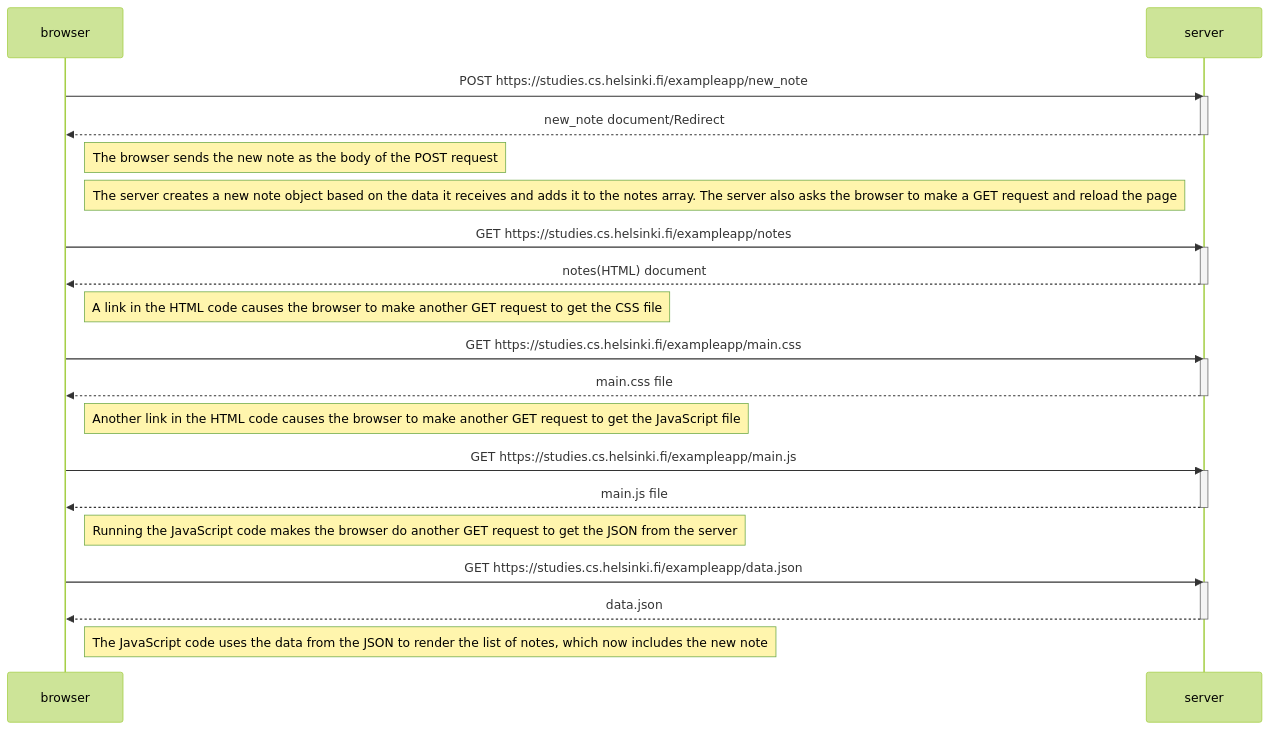
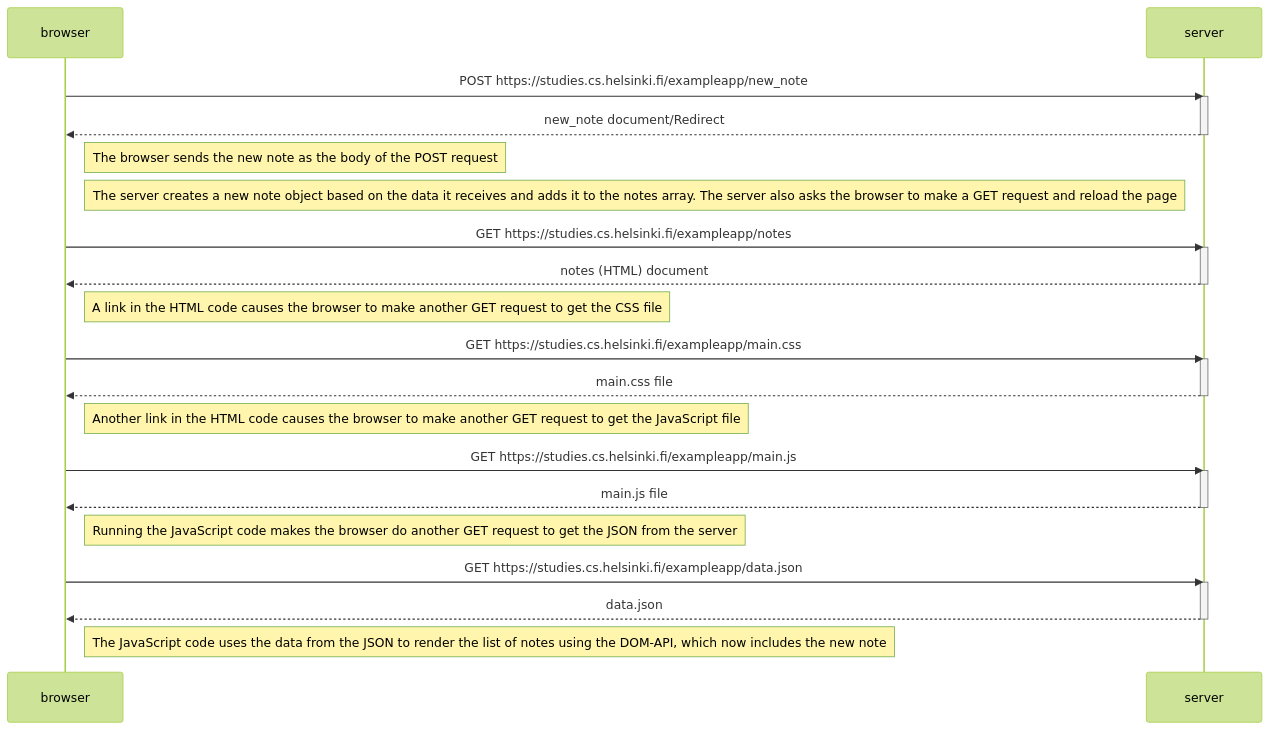
The diagram in part0/new_note_diagram.md (Evernew998/fullstackopen), drawn with Mermaid (forest theme) before and after one commit. The commit also changed 1 other file, not shown here.

Commit message:
Merge branch 'main' of https://github.com/Evernew998/fullstackopen2023

````diff
--- a/part0/new_note_diagram.md
+++ b/part0/new_note_diagram.md
@@ -1,42 +1,42 @@
 ```mermaid
 sequenceDiagram
     participant browser
     participant server
 
      browser->>server: POST https://studies.cs.helsinki.fi/exampleapp/new_note
      activate server
      server-->>browser: new_note document/Redirect
      deactivate server
 
      Note right of browser: The browser sends the new note as the body of the POST request
 
      Note left of server: The server creates a new note object based on the data it receives and adds it to the notes array. The server also asks the browser to make a GET request and reload the page
 
      browser->>server: GET https://studies.cs.helsinki.fi/exampleapp/notes
      activate server
-     server-->>browser: notes(HTML) document
+     server-->>browser: notes (HTML) document
      deactivate server
 
      Note right of browser: A link in the HTML code causes the browser to make another GET request to get the CSS file
 
      browser->>server: GET https://studies.cs.helsinki.fi/exampleapp/main.css
      activate server
      server-->>browser: main.css file
      deactivate server
 
      Note right of browser: Another link in the HTML code causes the browser to make another GET request to get the JavaScript file
 
      browser->>server: GET https://studies.cs.helsinki.fi/exampleapp/main.js
      activate server
      server-->>browser: main.js file
      deactivate server
 
      Note right of browser: Running the JavaScript code makes the browser do another GET request to get the JSON from the server
 
      browser->>server: GET https://studies.cs.helsinki.fi/exampleapp/data.json
      activate server
      server-->>browser: data.json
      deactivate server
 
-     Note right of browser: The JavaScript code uses the data from the JSON to render the list of notes, which now includes the new note 
+     Note right of browser: The JavaScript code uses the data from the JSON to render the list of notes using the DOM-API, which now includes the new note 
 ```
````
